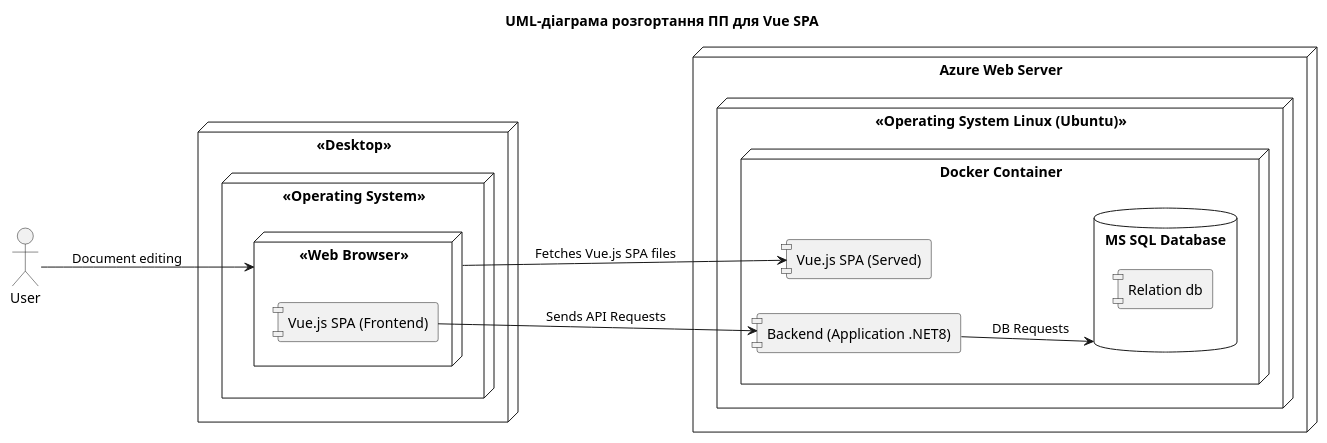
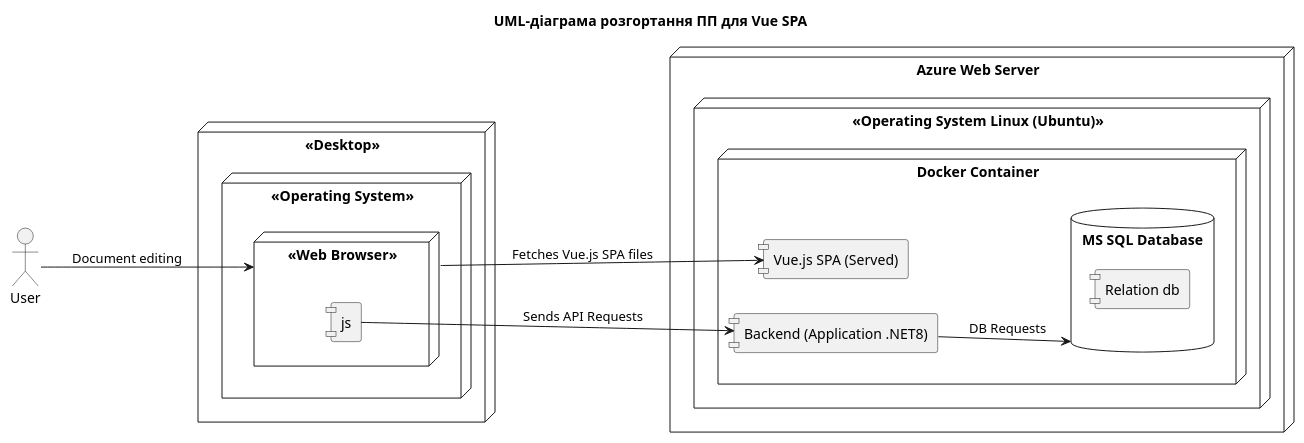
Before and after one commit to OS-IS/ai201-rogachko: the diagram in laboratory-work-2/UML-Deployment.puml, drawn with PlantUML.

```diff
--- a/laboratory-work-2/UML-Deployment.puml
+++ b/laboratory-work-2/UML-Deployment.puml
@@ -1,35 +1,35 @@
 @startuml
 title UML-діаграма розгортання ПП для Vue SPA
 
 left to right direction
 
 skinparam componentStyle uml1
 
 actor User
 
 node "<<Desktop>>" as dk {
     node "<<Operating System>>" {
         node "<<Web Browser>>" as browser {
-            component [Vue.js SPA (Frontend)] as vue
+            component [js] as vue
         }
     }
 }
 
 node "Azure Web Server" as serv1 {
     node "<<Operating System Linux (Ubuntu)>>" as l2 {
         node "Docker Container" {
             [Backend (Application .NET8)] as app
             component [Vue.js SPA (Served)] as frontend
             database "MS SQL Database" as db {
                 [Relation db]
             }
         }
     }
 }
 
 User --> browser : Document editing
 browser --> frontend : Fetches Vue.js SPA files
 vue --> app : Sends API Requests
 app --> db : DB Requests
 
 @enduml
```
